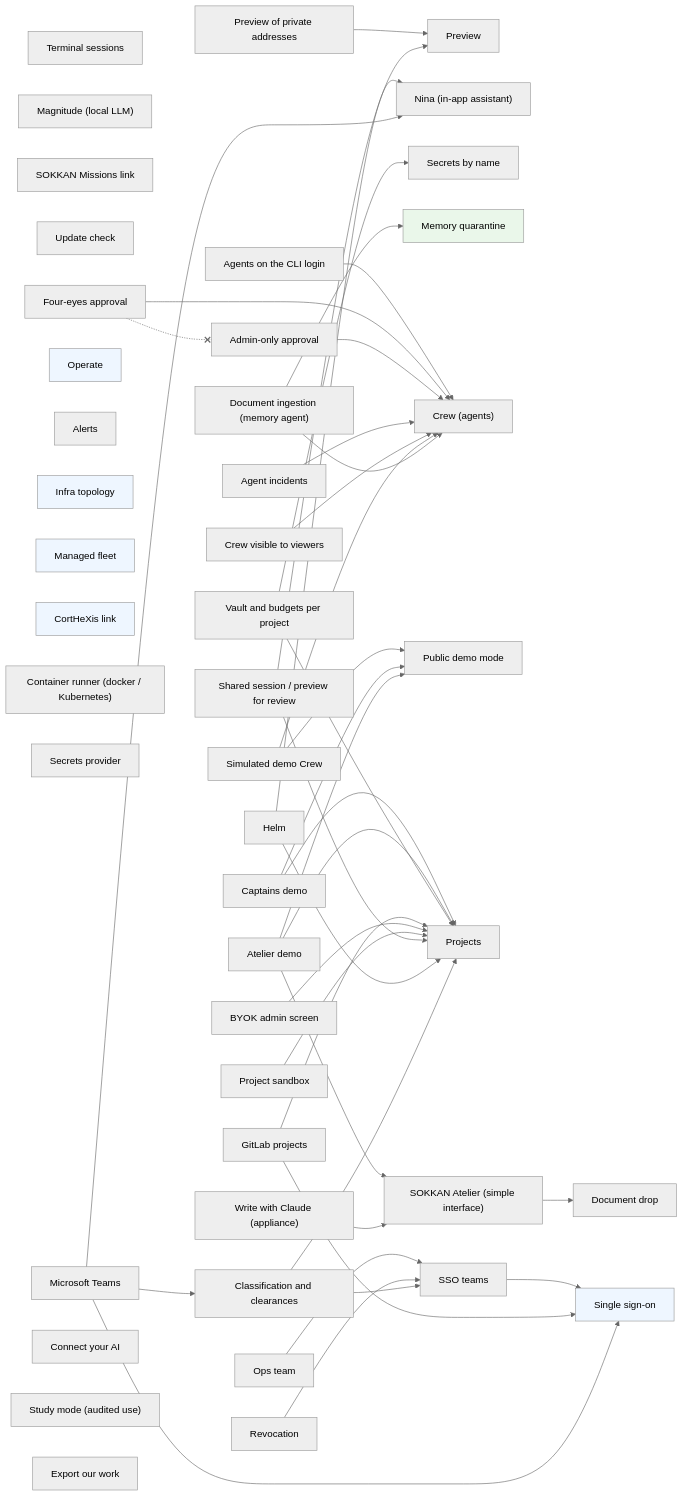
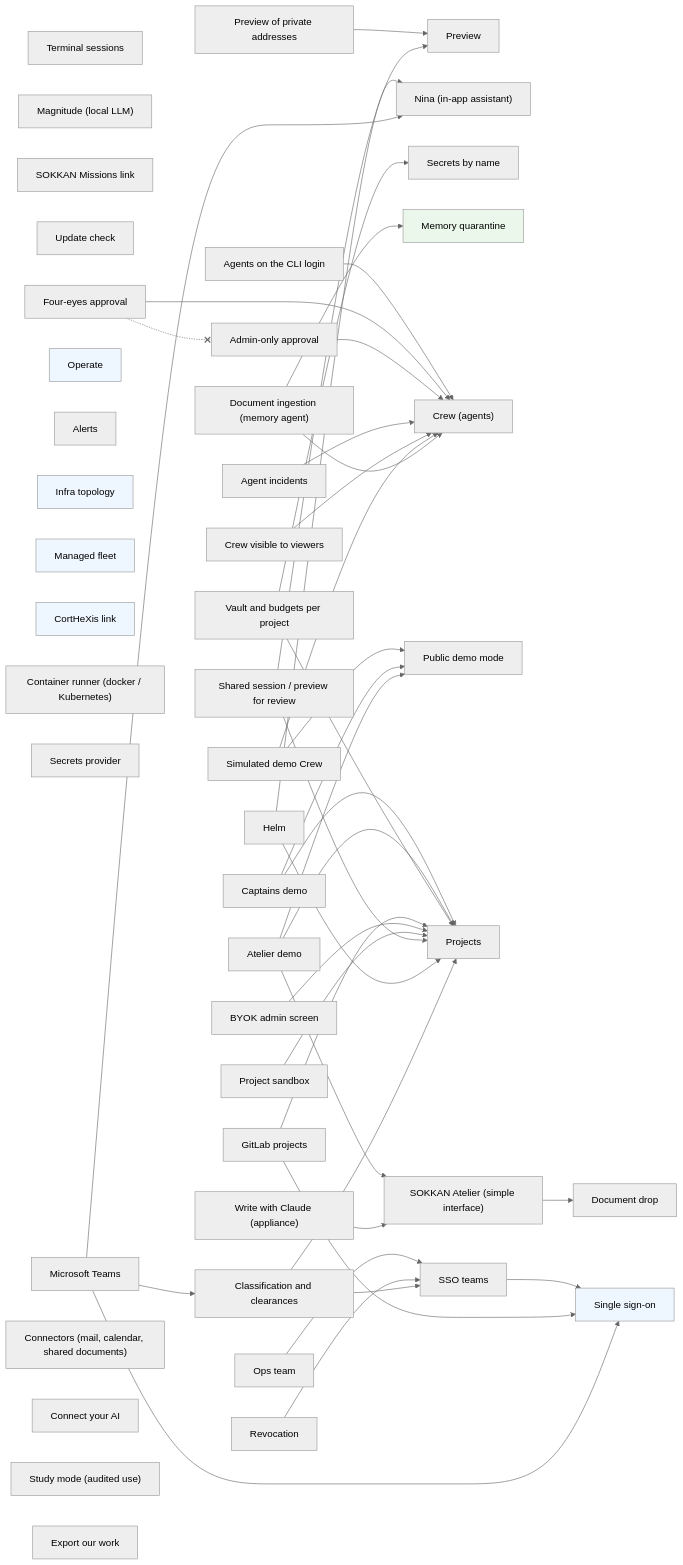
The diagram in docs/enterprise/FEATURES.md (ninabot-ch/sokkan), drawn with Mermaid (neutral theme) before and after one commit. The commit also changed other lines of this file and 30 other files, not shown here.

First line of the commit message:
feat: connecteurs mail, agenda et documents partagés (feature connectors)

```diff
--- a/docs/enterprise/FEATURES.md
+++ b/docs/enterprise/FEATURES.md
@@ -109,6 +110,7 @@
   classification["Classification and clearances"]
   teams["Microsoft Teams"]
   doc_ingest["Document ingestion (memory agent)"]
+  connectors["Connectors (mail, calendar, shared documents)"]
   connect_ai["Connect your AI"]
   study_mode["Study mode (audited use)"]
   documents["Document drop"]
```
